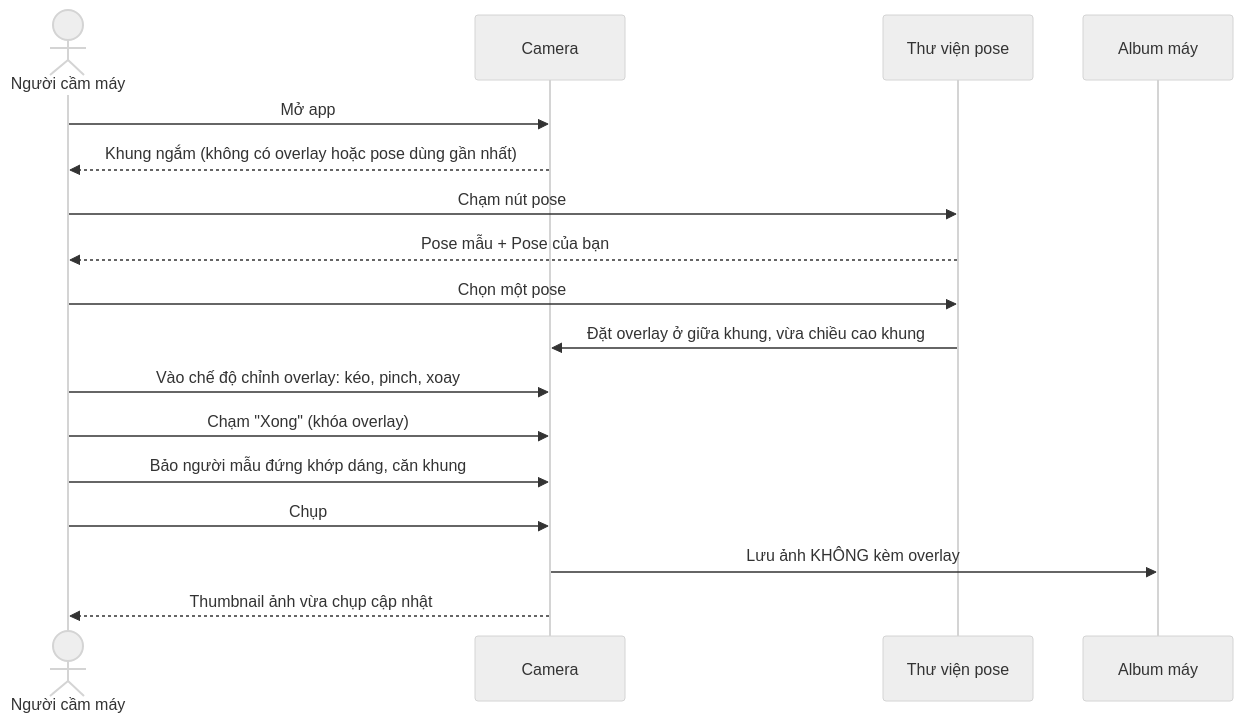
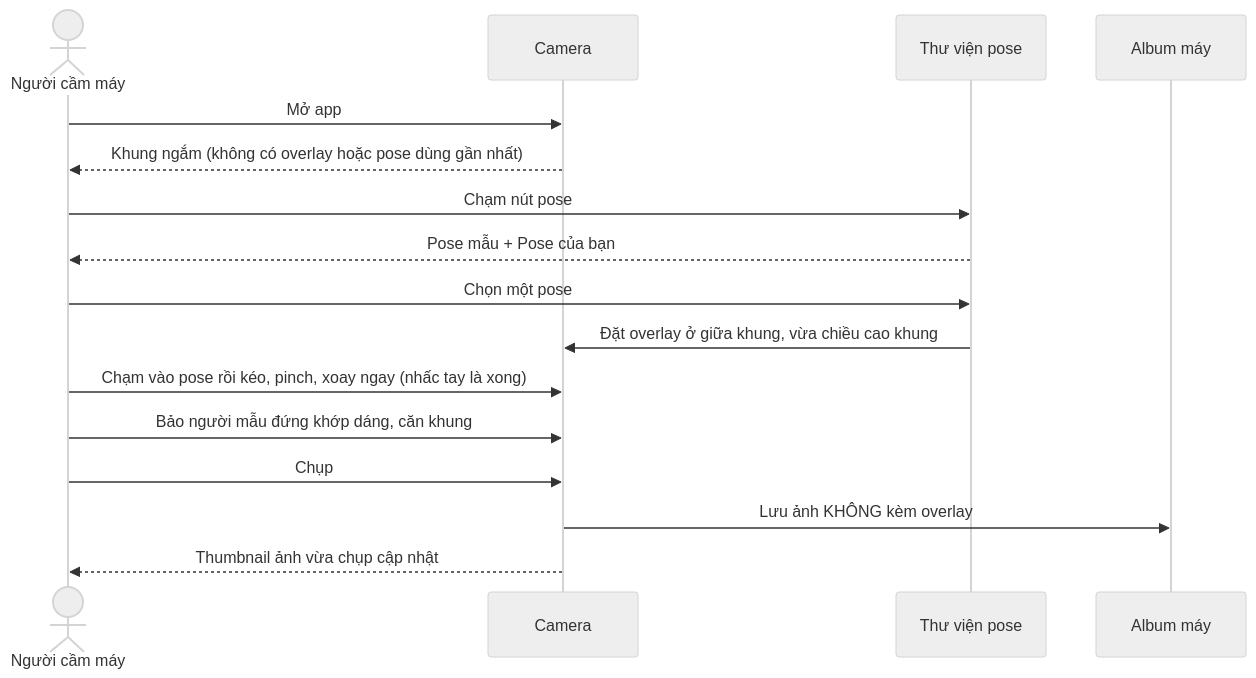
Before and after one commit to tktnq2004/TakeASnap: the second of 7 diagrams in docs/business-flow.md, drawn with Mermaid (neutral theme). The commit also changed other lines of this file and 11 other files, not shown here.

First line of the commit message:
fix(camera): góp ý Phase 2 lần 1 — kéo pose ngay, vùng xóa theo ngón tay, flash bật, thư viện modal

````diff
--- a/docs/business-flow.md
+++ b/docs/business-flow.md
@@ -78,20 +78,19 @@
 ```mermaid
 sequenceDiagram
     actor U as Người cầm máy
     participant C as Camera
     participant L as Thư viện pose
     participant A as Album máy
 
     U->>C: Mở app
     C-->>U: Khung ngắm (không có overlay hoặc pose dùng gần nhất)
     U->>L: Chạm nút pose
     L-->>U: Pose mẫu + Pose của bạn
     U->>L: Chọn một pose
     L->>C: Đặt overlay ở giữa khung, vừa chiều cao khung
-    U->>C: Vào chế độ chỉnh overlay: kéo, pinch, xoay
-    U->>C: Chạm "Xong" (khóa overlay)
+    U->>C: Chạm vào pose rồi kéo, pinch, xoay ngay (nhấc tay là xong)
     U->>C: Bảo người mẫu đứng khớp dáng, căn khung
     U->>C: Chụp
     C->>A: Lưu ảnh KHÔNG kèm overlay
     C-->>U: Thumbnail ảnh vừa chụp cập nhật
 ```
````
